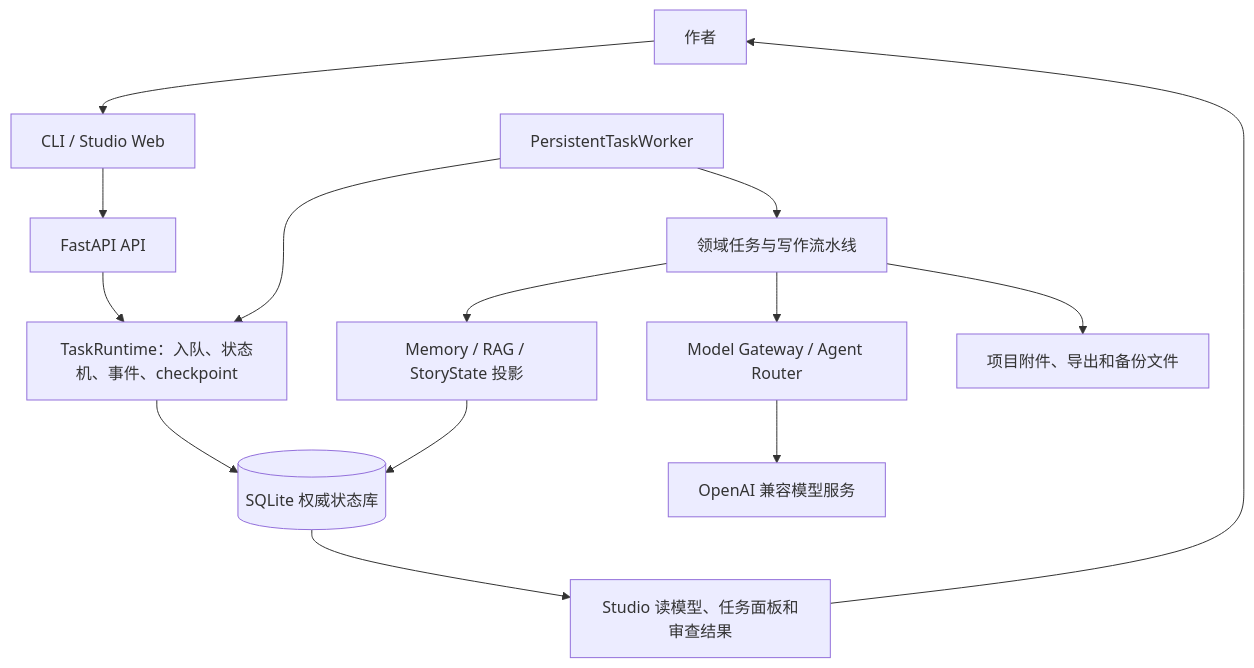
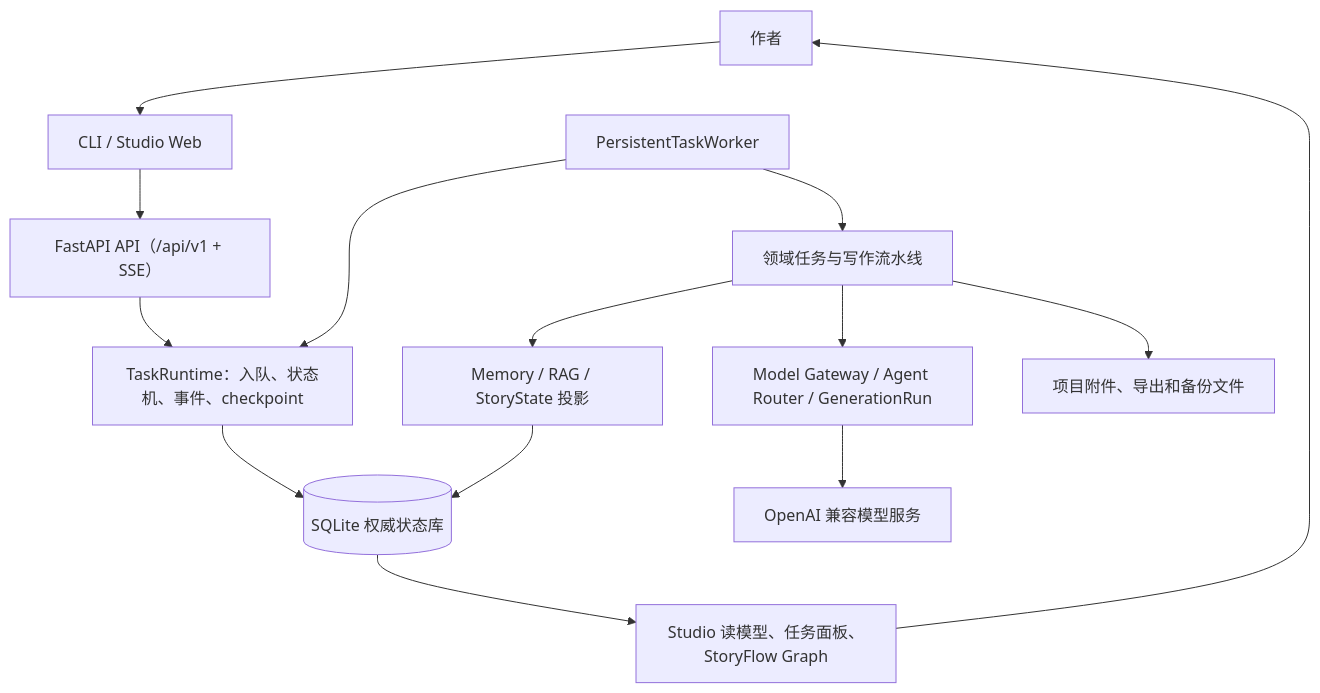
Before and after one commit to 2705911421/novelforge: the first of 3 diagrams in README.md, drawn with Mermaid. The commit also changed other lines of this file and 231 other files, not shown here.

````diff
--- a/README.md
+++ b/README.md
@@ -318,16 +324,16 @@
 ```mermaid
 flowchart TD
     AUTHOR["作者"] --> ENTRY["CLI / Studio Web"]
-    ENTRY --> API["FastAPI API"]
+    ENTRY --> API["FastAPI API（/api/v1 + SSE）"]
     API --> RUNTIME["TaskRuntime：入队、状态机、事件、checkpoint"]
     RUNTIME --> DB[("SQLite 权威状态库")]
     WORKER["PersistentTaskWorker"] --> RUNTIME
     WORKER --> PIPELINE["领域任务与写作流水线"]
-    PIPELINE --> GATEWAY["Model Gateway / Agent Router"]
+    PIPELINE --> GATEWAY["Model Gateway / Agent Router / GenerationRun"]
     GATEWAY --> PROVIDER["OpenAI 兼容模型服务"]
     PIPELINE --> MEMORY["Memory / RAG / StoryState 投影"]
     MEMORY --> DB
     PIPELINE --> FILES["项目附件、导出和备份文件"]
-    DB --> READMODEL["Studio 读模型、任务面板和审查结果"]
+    DB --> READMODEL["Studio 读模型、任务面板、StoryFlow Graph"]
     READMODEL --> AUTHOR
 ```
````
